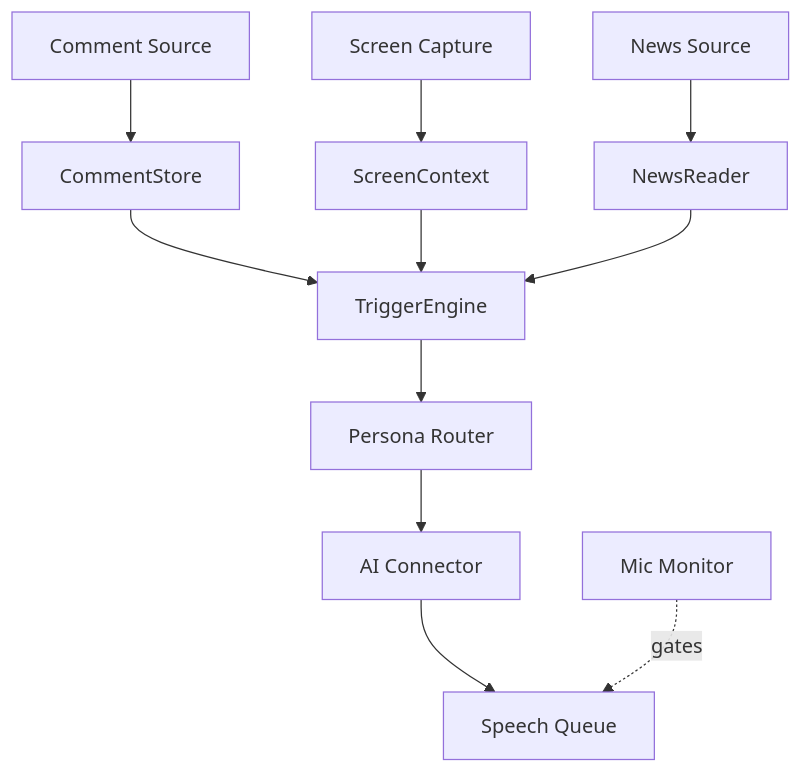
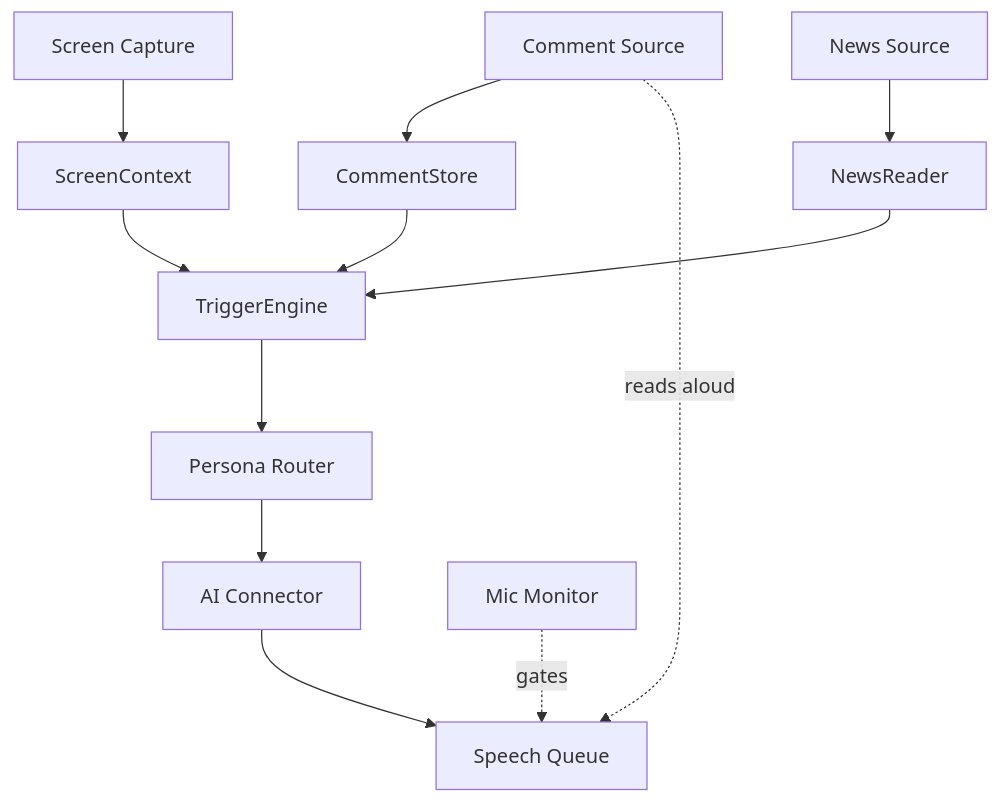
Before and after one commit to azumag/dociai: the diagram in README.md, drawn with Mermaid. The commit also changed other lines of this file and 10 other files, not shown here.

````diff
--- a/README.md
+++ b/README.md
@@ -47,13 +49,14 @@
 ```mermaid
 flowchart TD
   A["Comment Source"] --> B["CommentStore"]
   C["Screen Capture"] --> D["ScreenContext"]
   E["News Source"] --> F["NewsReader"]
   B --> G["TriggerEngine"]
   D --> G
   F --> G
   G --> H["Persona Router"]
   H --> I["AI Connector"]
   I --> J["Speech Queue"]
   K["Mic Monitor"] -. gates .-> J
+  A -. reads aloud .-> J
 ```
````
